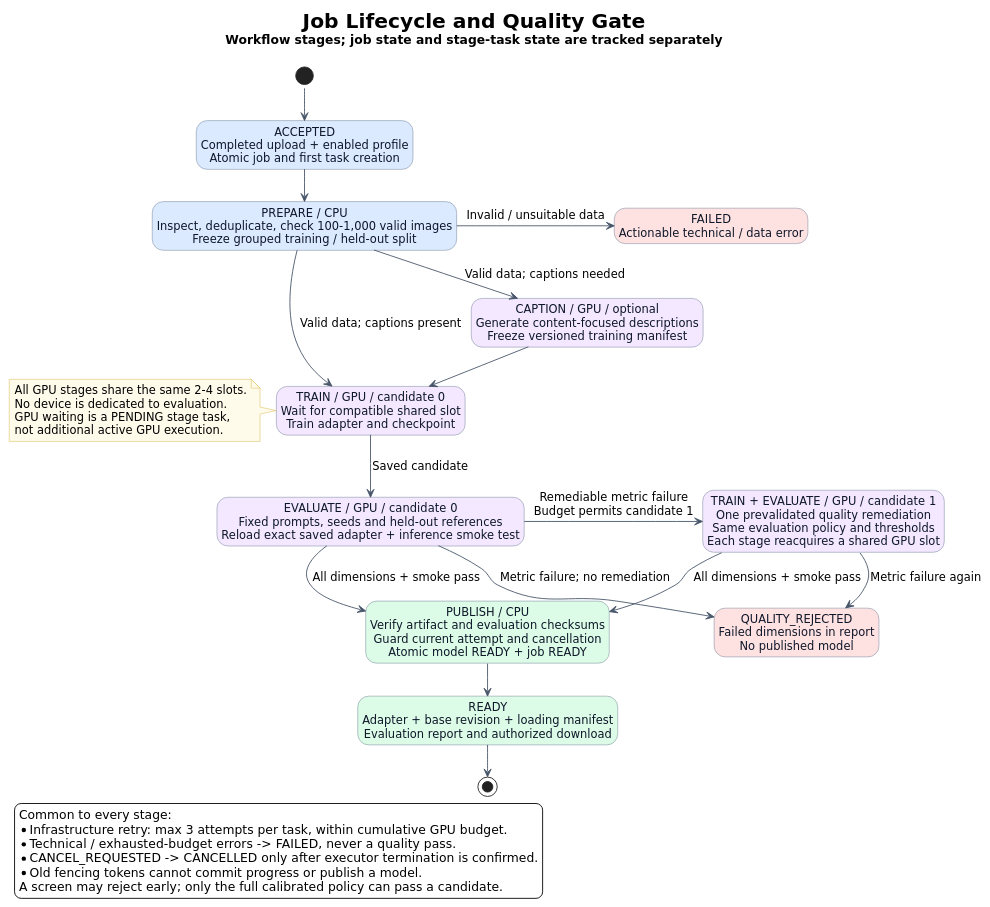
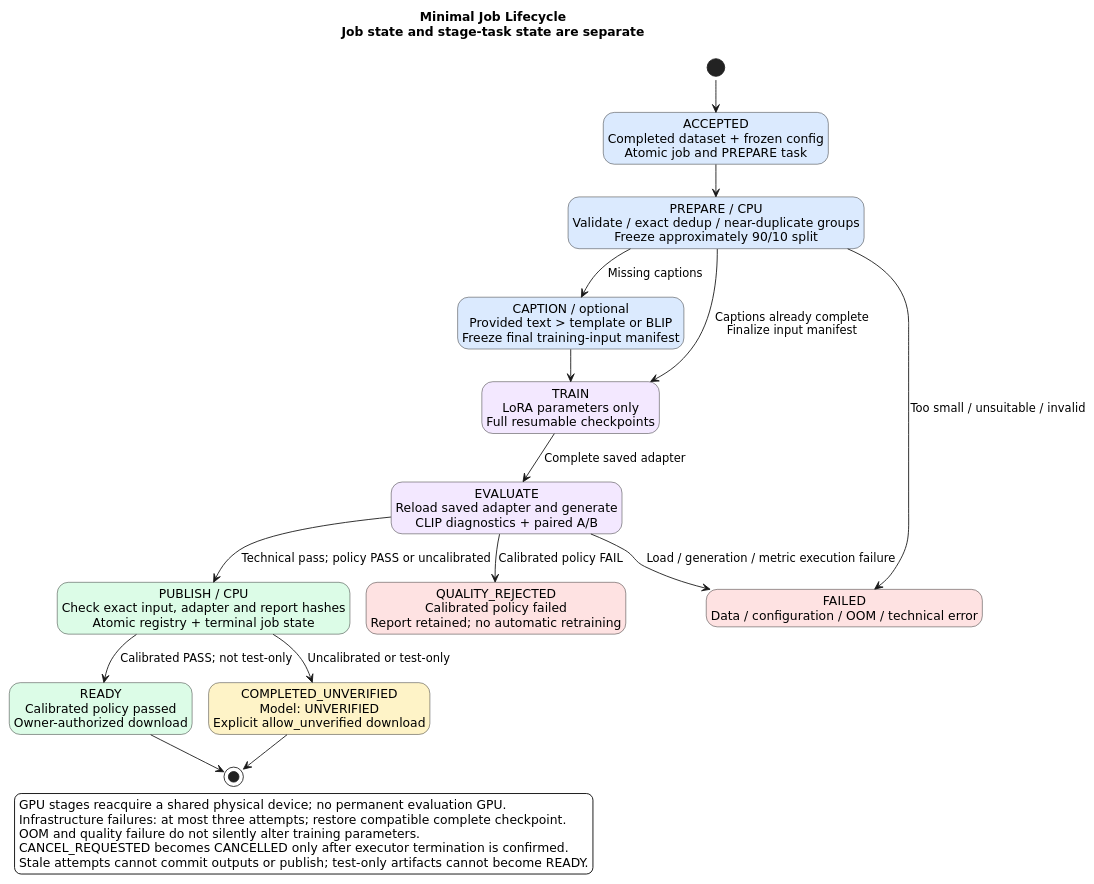
Before and after one commit to 54younger/sd15-lora-training-pipeline: the diagram in diagrams/job-lifecycle.puml, drawn with PlantUML. The commit also changed 20 other files, not shown here.

Commit message:
docs: update bilingual design guides diagrams and validation record

```diff
--- a/diagrams/job-lifecycle.puml
+++ b/diagrams/job-lifecycle.puml
@@ -1,60 +1,44 @@
 @startuml job-lifecycle
 !pragma layout smetana
 skinparam backgroundColor #FFFFFF
 skinparam defaultFontName DejaVu Sans
-skinparam defaultFontSize 13
 skinparam shadowing false
-skinparam ArrowColor #475569
+skinparam nodesep 45
+skinparam ranksep 45
 skinparam stateBackgroundColor #DBEAFE
-skinparam stateBorderColor #64748B
-skinparam stateFontColor #0F172A
-skinparam noteBackgroundColor #FFFBEB
-skinparam noteBorderColor #D4AF37
-skinparam titleFontSize 23
-skinparam nodesep 45
-skinparam ranksep 40
 hide empty description
-title Job Lifecycle and Quality Gate\n<size:14>Workflow stages; job state and stage-task state are tracked separately</size>
-
-state "ACCEPTED\nCompleted upload + enabled profile\nAtomic job and first task creation" as Accepted
-state "PREPARE / CPU\nInspect, deduplicate, check 100-1,000 valid images\nFreeze grouped training / held-out split" as Prepare
-state "CAPTION / GPU / optional\nGenerate content-focused descriptions\nFreeze versioned training manifest" as Caption #F3E8FF
-state "TRAIN / GPU / candidate 0\nWait for compatible shared slot\nTrain adapter and checkpoint" as Train #F3E8FF
-state "EVALUATE / GPU / candidate 0\nFixed prompts, seeds and held-out references\nReload exact saved adapter + inference smoke test" as Eval #F3E8FF
-state "TRAIN + EVALUATE / GPU / candidate 1\nOne prevalidated quality remediation\nSame evaluation policy and thresholds\nEach stage reacquires a shared GPU slot" as Retry #F3E8FF
-state "PUBLISH / CPU\nVerify artifact and evaluation checksums\nGuard current attempt and cancellation\nAtomic model READY + job READY" as Publish #DCFCE7
-state "READY\nAdapter + base revision + loading manifest\nEvaluation report and authorized download" as Ready #DCFCE7
-state "FAILED\nActionable technical / data error" as Failed #FEE2E2
-state "QUALITY_REJECTED\nFailed dimensions in report\nNo published model" as Rejected #FEE2E2
+title Minimal Job Lifecycle\nJob state and stage-task state are separate
+state "ACCEPTED\nCompleted dataset + frozen config\nAtomic job and PREPARE task" as Accepted
+state "PREPARE / CPU\nValidate / exact dedup / near-duplicate groups\nFreeze approximately 90/10 split" as Prepare
+state "CAPTION / optional\nProvided text > template or BLIP\nFreeze final training-input manifest" as Caption
+state "TRAIN\nLoRA parameters only\nFull resumable checkpoints" as Train #F3E8FF
+state "EVALUATE\nReload saved adapter and generate\nCLIP diagnostics + paired A/B" as Evaluate #F3E8FF
+state "PUBLISH / CPU\nCheck exact input, adapter and report hashes\nAtomic registry + terminal job state" as Publish #DCFCE7
+state "READY\nCalibrated policy passed\nOwner-authorized download" as Ready #DCFCE7
+state "COMPLETED_UNVERIFIED\nModel: UNVERIFIED\nExplicit allow_unverified download" as Unverified #FEF3C7
+state "QUALITY_REJECTED\nCalibrated policy failed\nReport retained; no automatic retraining" as Rejected #FEE2E2
+state "FAILED\nData / configuration / OOM / technical error" as Failed #FEE2E2
 
 [*] --> Accepted
 Accepted --> Prepare
-Prepare --> Caption : Valid data; captions needed
-Prepare --> Train : Valid data; captions present
-Prepare -right-> Failed : Invalid / unsuitable data
+Prepare --> Caption : Missing captions
+Prepare --> Train : Captions already complete\nFinalize input manifest
+Prepare --> Failed : Too small / unsuitable / invalid
 Caption --> Train
-Train --> Eval : Saved candidate
-Eval --> Publish : All dimensions + smoke pass
-Eval -right-> Retry : Remediable metric failure\nBudget permits candidate 1
-Eval --> Rejected : Metric failure; no remediation
-Retry --> Publish : All dimensions + smoke pass
-Retry --> Rejected : Metric failure again
-Publish --> Ready
+Train --> Evaluate : Complete saved adapter
+Evaluate --> Publish : Technical pass; policy PASS or uncalibrated
+Evaluate --> Rejected : Calibrated policy FAIL
+Evaluate --> Failed : Load / generation / metric execution failure
+Publish --> Ready : Calibrated PASS; not test-only
+Publish --> Unverified : Uncalibrated or test-only
 Ready --> [*]
-
-note left of Train
-All GPU stages share the same 2-4 slots.
-No device is dedicated to evaluation.
-GPU waiting is a PENDING stage task,
-not additional active GPU execution.
-end note
+Unverified --> [*]
 
 legend bottom left
-  Common to every stage:
-  * Infrastructure retry: max 3 attempts per task, within cumulative GPU budget.
-  * Technical / exhausted-budget errors -> FAILED, never a quality pass.
-  * CANCEL_REQUESTED -> CANCELLED only after executor termination is confirmed.
-  * Old fencing tokens cannot commit progress or publish a model.
-  A screen may reject early; only the full calibrated policy can pass a candidate.
+  GPU stages reacquire a shared physical device; no permanent evaluation GPU.
+  Infrastructure failures: at most three attempts; restore compatible complete checkpoint.
+  OOM and quality failure do not silently alter training parameters.
+  CANCEL_REQUESTED becomes CANCELLED only after executor termination is confirmed.
+  Stale attempts cannot commit outputs or publish; test-only artifacts cannot become READY.
 endlegend
 @enduml
```
